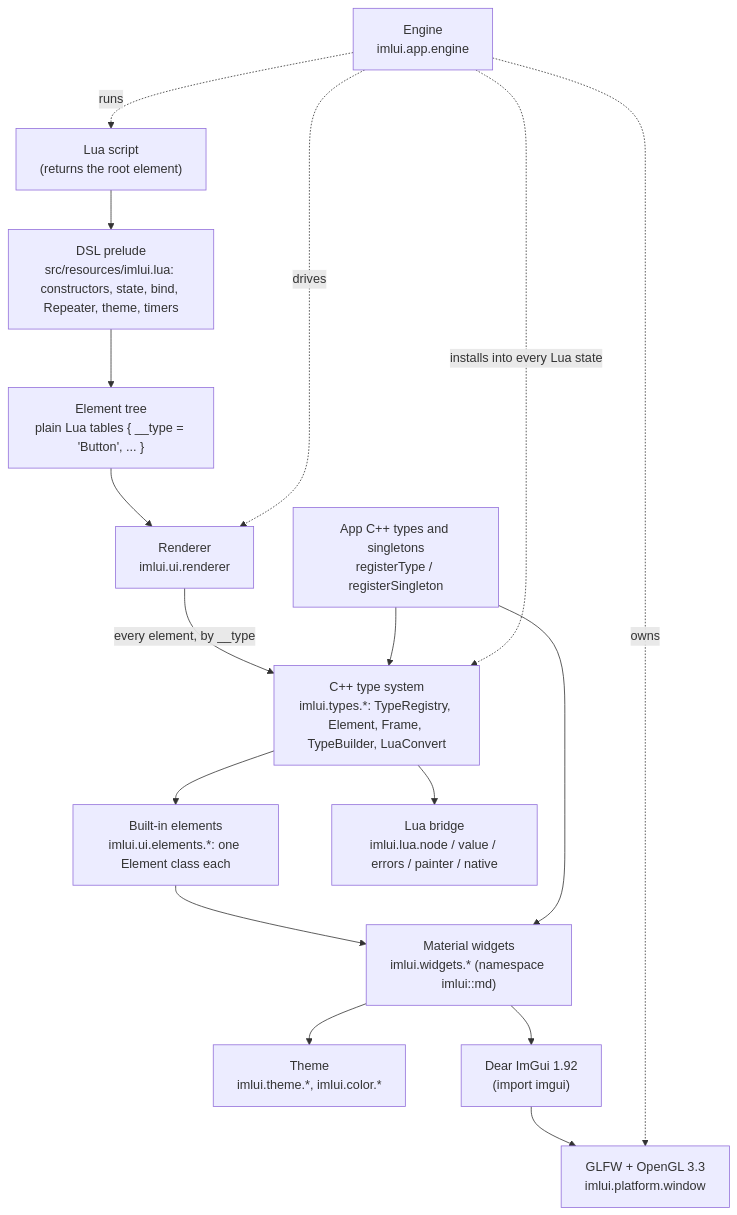
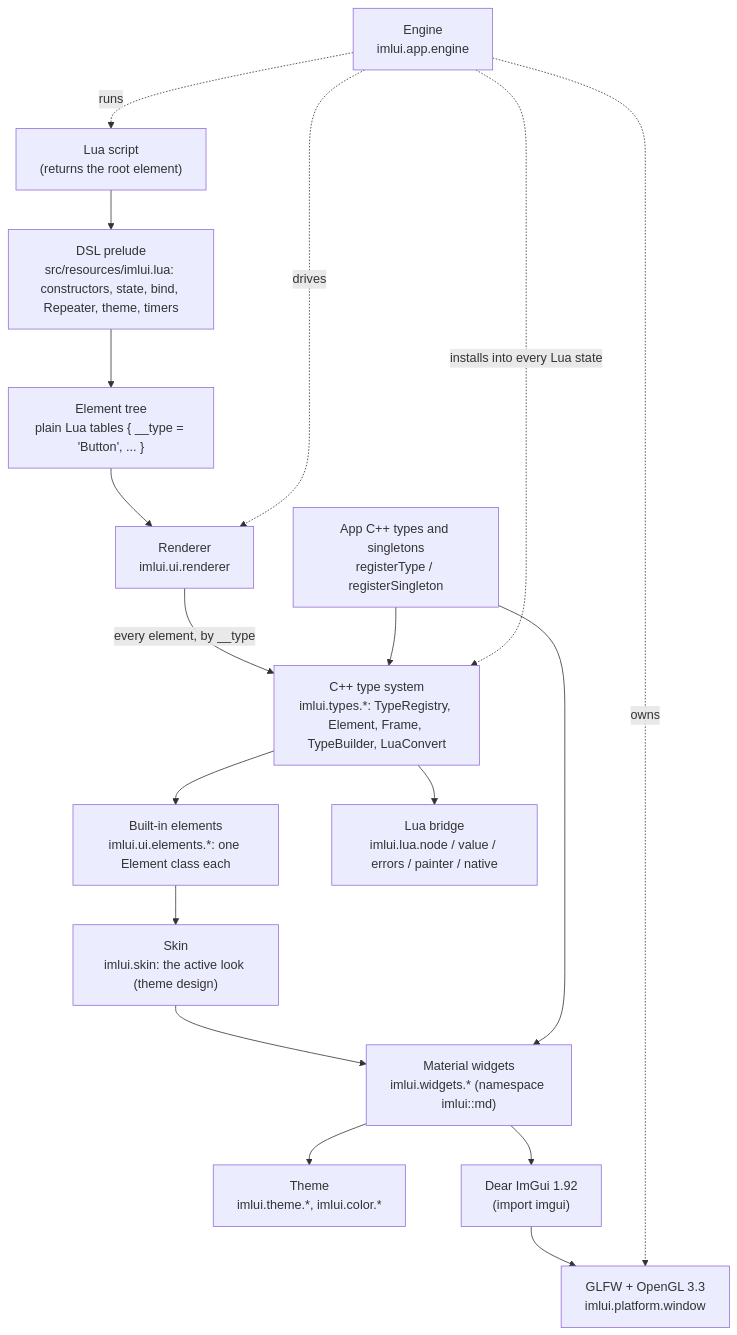
One commit to MyJules/imlui changed the diagram in docs/architecture.md. Above: the diagram before and after it, drawn with Mermaid. The commit also changed other lines of this file and 43 other files, not shown here.

````diff
--- a/docs/architecture.md
+++ b/docs/architecture.md
@@ -5,19 +5,20 @@
 ```mermaid
 flowchart TD
     S["Lua script<br/>(returns the root element)"] --> P["DSL prelude<br/>src/resources/imlui.lua: constructors, state, bind, Repeater, theme, timers"]
     P --> T["Element tree<br/>plain Lua tables { __type = 'Button', ... }"]
     T --> R["Renderer<br/>imlui.ui.renderer"]
     R -->|"every element, by __type"| TY["C++ type system<br/>imlui.types.*: TypeRegistry, Element, Frame, TypeBuilder, LuaConvert"]
     TY --> EL["Built-in elements<br/>imlui.ui.elements.*: one Element class each"]
     C["App C++ types and singletons<br/>registerType / registerSingleton"] --> TY
-    EL --> W["Material widgets<br/>imlui.widgets.* (namespace imlui::md)"]
+    EL --> SK["Skin<br/>imlui.skin: the active look (theme design)"]
+    SK --> W["Material widgets<br/>imlui.widgets.* (namespace imlui::md)"]
     TY --> N["Lua bridge<br/>imlui.lua.node / value / errors / painter / native"]
     C --> W
     W --> TH["Theme<br/>imlui.theme.*, imlui.color.*"]
     W --> I["Dear ImGui 1.92<br/>(import imgui)"]
     I --> G["GLFW + OpenGL 3.3<br/>imlui.platform.window"]
     E["Engine<br/>imlui.app.engine"] -.owns.-> G
     E -.runs.-> S
     E -.drives.-> R
     E -.installs into every Lua state.-> TY
 ```
````
